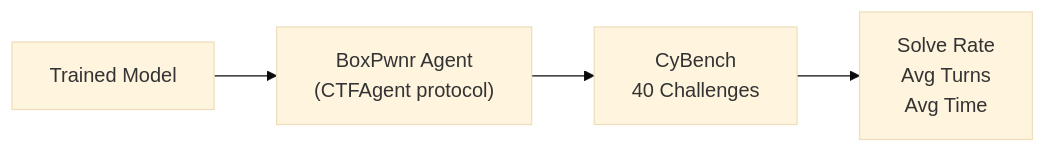
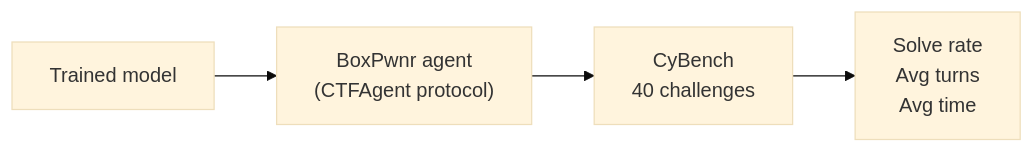
The fourth of 4 diagrams in docs/architecture.md (westonbrown/open-ctf-env), drawn with Mermaid (base theme) before and after one commit. The commit also changed other lines of this file and 2 other files, not shown here.

````diff
--- a/docs/architecture.md
+++ b/docs/architecture.md
@@ -227,6 +225,6 @@
 ```mermaid
 flowchart LR
-    model["Trained Model"] --> agent["BoxPwnr Agent\n(CTFAgent protocol)"]
-    agent --> challenges["CyBench\n40 Challenges"]
-    challenges --> metrics["Solve Rate\nAvg Turns\nAvg Time"]
+    model["Trained model"] --> agent["BoxPwnr agent<br/>(CTFAgent protocol)"]
+    agent --> challenges["CyBench<br/>40 challenges"]
+    challenges --> metrics["Solve rate<br/>Avg turns<br/>Avg time"]
 ```
````
